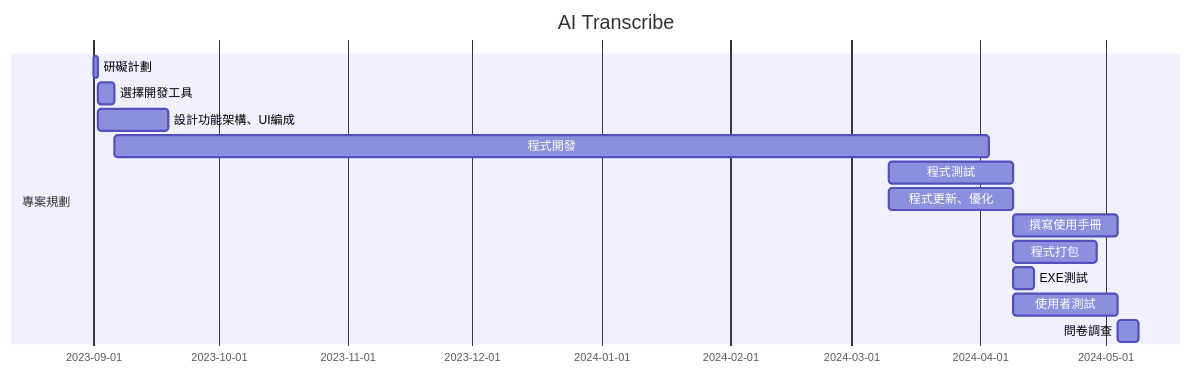
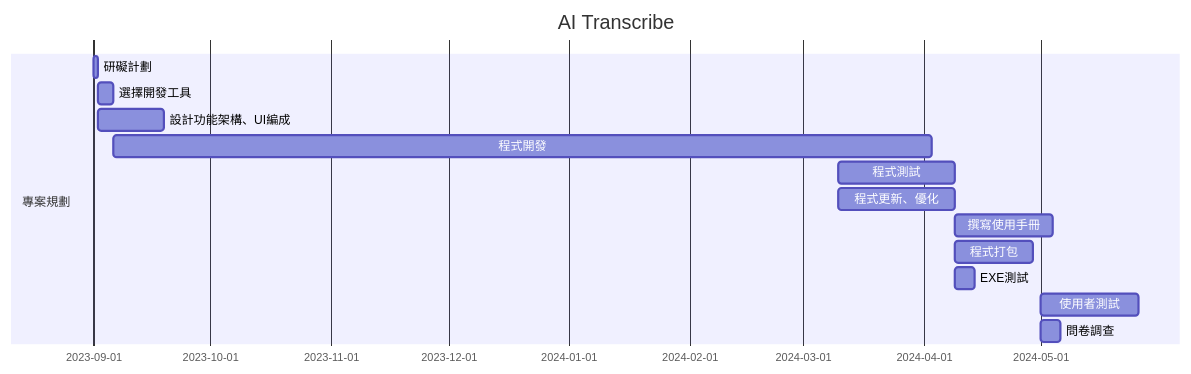
The third of 4 diagrams in hw2.md (MITC110118132/23a), drawn with Mermaid before and after one commit.

````diff
--- a/hw2.md
+++ b/hw2.md
@@ -34,17 +34,17 @@
 ```mermaid
 gantt
     title AI Transcribe
 
     section 專案規劃
     研礙計劃           :a1, 2023-09-01, 1d
     選擇開發工具           :a2, after a1  , 4d
     設計功能架構、UI編成           :a3, after a1  , 17d
     程式開發           :a4, after a2  , 210d
     程式測試           :a5, 2024-03-10  , 30d
     程式更新、優化           :a6, 2024-03-10  , 30d
     撰寫使用手冊        :a7, after a6  , 25d
     程式打包           :a8, after a6  , 20d
     EXE測試           :a9, after a6  , 5d
-    使用者測試         :a10, after a6  , 25d
-    問卷調查           :a11, after a10 , 5d
+    使用者測試         :a10, 2024-05-01  , 25d
+    問卷調查           :a11, 2024-05-01 , 5d
 ```
````
